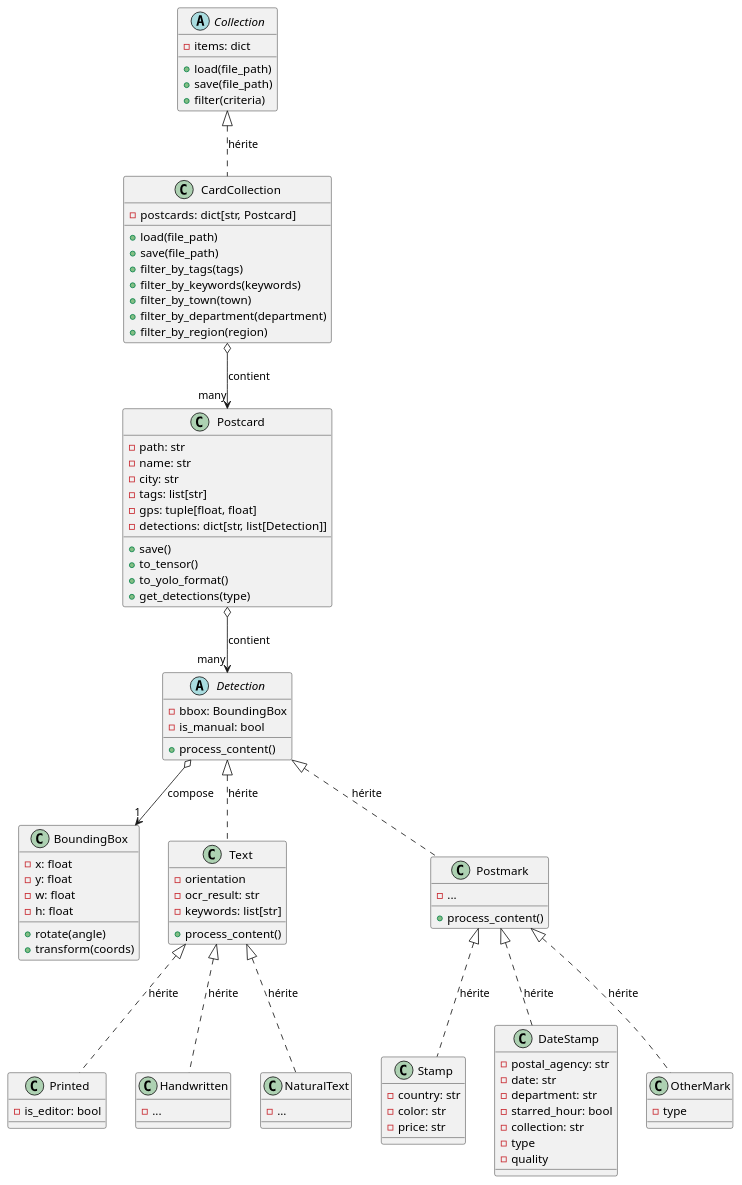
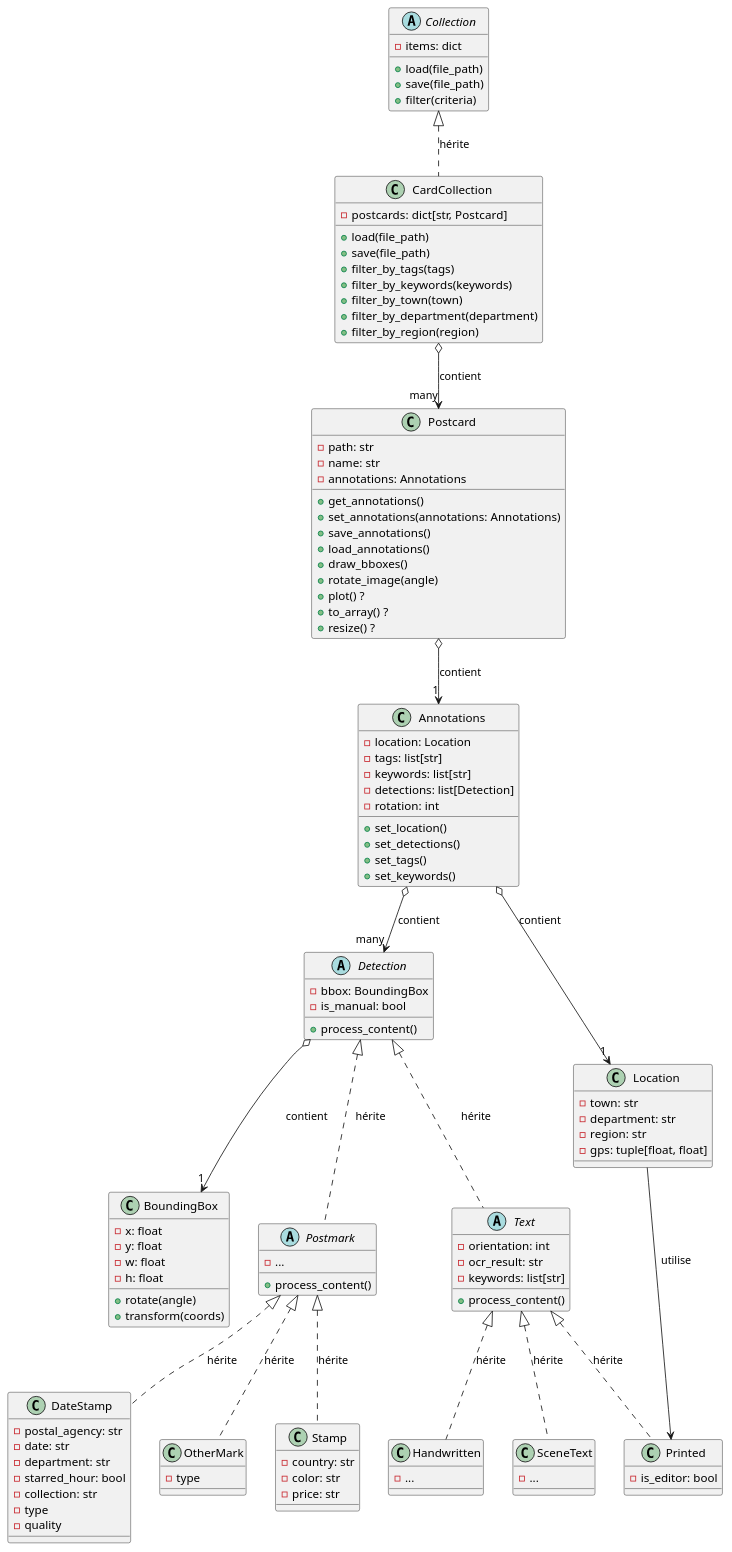
Before and after one commit to T2IA-IDMC/T2IA-collection: the diagram in T2IA-collection_diagram.puml, drawn with PlantUML. The commit also changed 8 other files, not shown here.

Commit message:
BoundingBox class and tests

```diff
--- a/T2IA-collection_diagram.puml
+++ b/T2IA-collection_diagram.puml
@@ -1,108 +1,135 @@
 @startuml
 ' Classes abstraites
 abstract class Collection {
   - items: dict
   + load(file_path)
   + save(file_path)
   + filter(criteria)
 }
 
 class CardCollection {
   - postcards: dict[str, Postcard]
   + load(file_path)
   + save(file_path)
   + filter_by_tags(tags)
   + filter_by_keywords(keywords)
   + filter_by_town(town)
   + filter_by_department(department)
   + filter_by_region(region)
 }
 
 abstract class Detection {
   - bbox: BoundingBox
   - is_manual: bool
   + process_content()
 }
 
 ' Classes concrètes
 class Postcard {
   - path: str
   - name: str
-  - city: str
+  - annotations: Annotations
+  + get_annotations()
+  + set_annotations(annotations: Annotations)
+  + save_annotations()
+  + load_annotations()
+  + draw_bboxes()
+  + rotate_image(angle)
+  + plot() ?
+  + to_array() ?
+  + resize() ?
+}
+
+class Annotations {
+  - location: Location
   - tags: list[str]
+  - keywords: list[str]
+  - detections: list[Detection]
+  - rotation: int
+'  + to_tensor()
+'  + to_yolo_format()
+'  + to_cvat_format()
+  + set_location()
+  + set_detections()
+  + set_tags()
+  + set_keywords()
+}
+
+class Location {
+  - town: str
+  - department: str
+  - region: str
   - gps: tuple[float, float]
-  - detections: dict[str, list[Detection]]
-  + save()
-  + to_tensor()
-  + to_yolo_format()
-  + get_detections(type)
 }
 
 class BoundingBox {
   - x: float
   - y: float
   - w: float
   - h: float
   + rotate(angle)
   + transform(coords)
 }
 
-class Text {
-  - orientation
+abstract class Text {
+  - orientation: int
   - ocr_result: str
   - keywords: list[str]
   + process_content()
 }
 
-class Postmark {
+abstract class Postmark {
   - ...
   + process_content()
 }
 
 class Printed {
   - is_editor: bool
 }
 
 class Handwritten {
   - ...
 }
 
-class NaturalText {
+class SceneText {
   - ...
 }
 
 class Stamp {
   - country: str
   - color: str
   - price: str
 }
 
 class DateStamp {
   - postal_agency: str
   - date: str
   - department: str
   - starred_hour: bool
   - collection: str
   - type
   - quality
 }
 
 class OtherMark {
   - type
 }
 
 
 ' Relations
 Collection <|.. CardCollection : hérite
 CardCollection o--> "many" Postcard : contient
-Postcard o--> "many" Detection : contient
-Detection o--> "1" BoundingBox : compose
+Postcard o--> "1" Annotations : contient
+Annotations o--> "1" Location : contient
+Location --> Printed : utilise
+Annotations o--> "many" Detection : contient
+Detection o--> "1" BoundingBox : contient
 Detection <|.. Text : hérite
 Detection <|.. Postmark : hérite
 Text <|.. Printed : hérite
 Text <|.. Handwritten : hérite
-Text <|.. NaturalText : hérite
+Text <|.. SceneText : hérite
 Postmark <|.. Stamp : hérite
 Postmark <|.. DateStamp : hérite
 Postmark <|.. OtherMark : hérite
 @enduml
```
